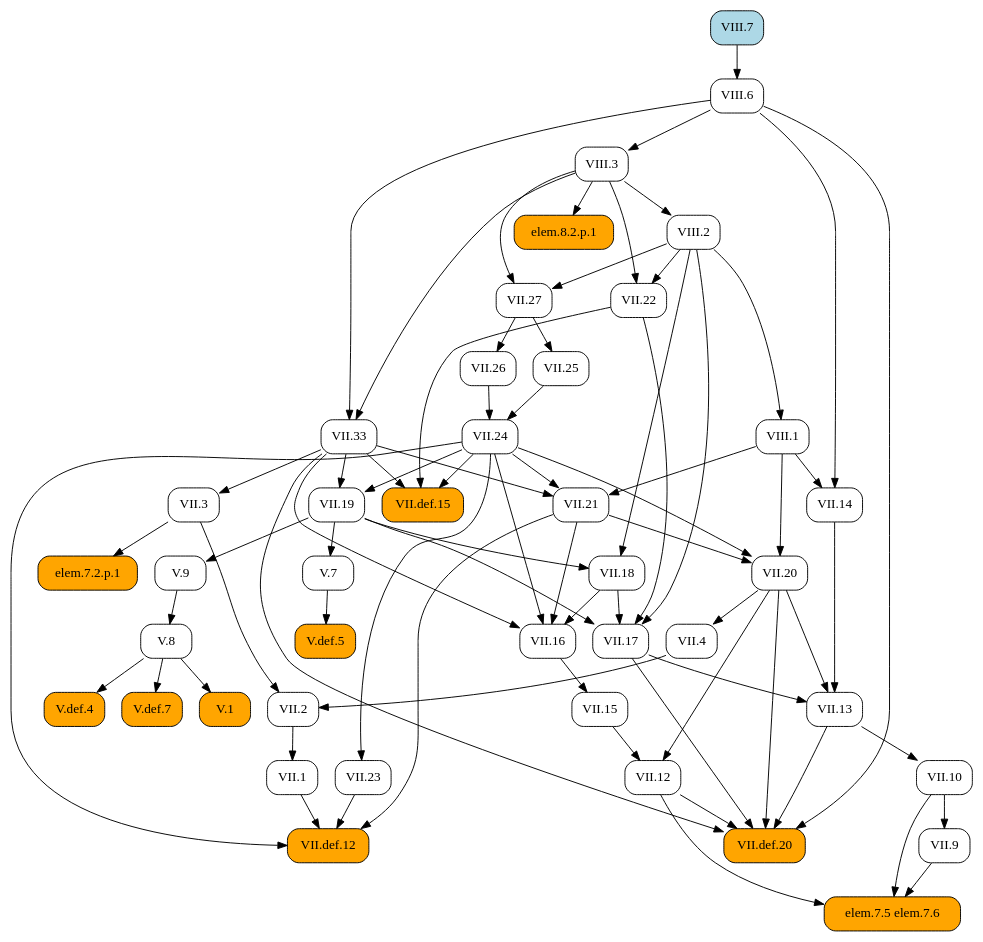
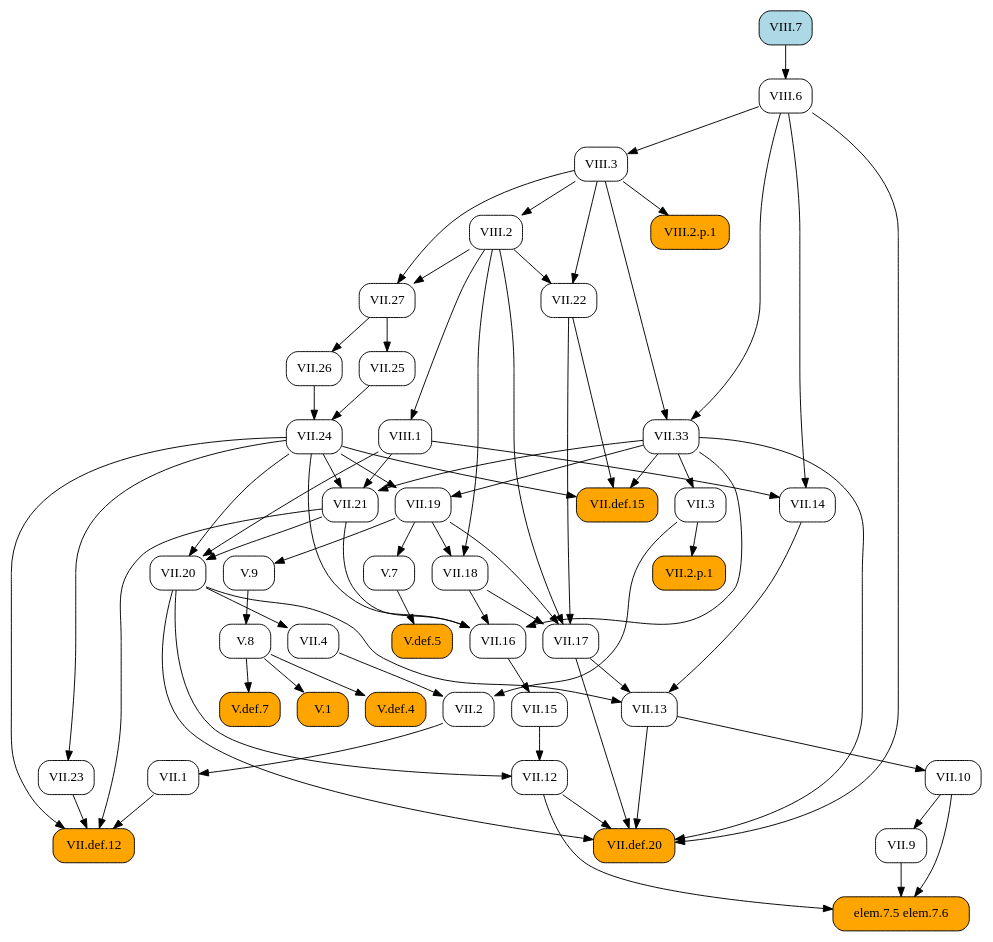
The diagram in docsrc/heath/VIII/7/index.rst (geometor/elements), drawn with Graphviz before and after one commit. The commit also changed 484 other files, not shown here.

```diff
--- a/docsrc/heath/VIII/7/index.rst
+++ b/docsrc/heath/VIII/7/index.rst
@@ -32,118 +32,118 @@
    digraph {
      rankdir="TB";
      node [shape=box, style=rounded];
-     "VII.1" [URL="/heath/VII/1/", target="_top"];
-     "VII.9" [URL="/heath/VII/9/", target="_top"];
-     "V.def.5" [style="rounded,filled", fillcolor=orange, URL="/heath/V/def.5/", target="_top"];
-     "VII.3" [URL="/heath/VII/3/", target="_top"];
-     "VII.17" [URL="/heath/VII/17/", target="_top"];
-     "elem.7.5 elem.7.6" [style="rounded,filled", fillcolor=orange];
-     "V.7" [URL="/heath/V/7/", target="_top"];
-     "V.9" [URL="/heath/V/9/", target="_top"];
-     "VII.13" [URL="/heath/VII/13/", target="_top"];
-     "VII.2" [URL="/heath/VII/2/", target="_top"];
-     "VIII.1" [URL="/heath/VIII/1/", target="_top"];
-     "VIII.2" [URL="/heath/VIII/2/", target="_top"];
+     "VII.33" [URL="/heath/VII/33/", target="_top"];
      "VII.12" [URL="/heath/VII/12/", target="_top"];
      "VIII.6" [URL="/heath/VIII/6/", target="_top"];
-     "VII.24" [URL="/heath/VII/24/", target="_top"];
-     "VII.def.12" [style="rounded,filled", fillcolor=orange, URL="/heath/VII/def.12/", target="_top"];
-     "V.8" [URL="/heath/V/8/", target="_top"];
-     "VII.33" [URL="/heath/VII/33/", target="_top"];
-     "elem.7.2.p.1" [style="rounded,filled", fillcolor=orange];
-     "VII.10" [URL="/heath/VII/10/", target="_top"];
-     "VIII.7" [style="rounded,filled", fillcolor=lightblue, URL="/heath/VIII/7/", target="_top"];
-     "VII.def.15" [style="rounded,filled", fillcolor=orange, URL="/heath/VII/def.15/", target="_top"];
-     "VII.19" [URL="/heath/VII/19/", target="_top"];
+     "elem.7.5 elem.7.6" [style="rounded,filled", fillcolor=orange];
+     "VII.9" [URL="/heath/VII/9/", target="_top"];
+     "VIII.2" [URL="/heath/VIII/2/", target="_top"];
      "VII.18" [URL="/heath/VII/18/", target="_top"];
      "VII.16" [URL="/heath/VII/16/", target="_top"];
+     "V.7" [URL="/heath/V/7/", target="_top"];
      "VII.26" [URL="/heath/VII/26/", target="_top"];
-     "VII.4" [URL="/heath/VII/4/", target="_top"];
-     "VII.25" [URL="/heath/VII/25/", target="_top"];
-     "VII.21" [URL="/heath/VII/21/", target="_top"];
-     "V.1" [style="rounded,filled", fillcolor=orange, URL="/heath/V/1/", target="_top"];
-     "VII.20" [URL="/heath/VII/20/", target="_top"];
+     "V.def.5" [style="rounded,filled", fillcolor=orange, URL="/heath/V/def.5/", target="_top"];
+     "V.9" [URL="/heath/V/9/", target="_top"];
+     "VII.10" [URL="/heath/VII/10/", target="_top"];
+     "VIII.3" [URL="/heath/VIII/3/", target="_top"];
+     "VII.13" [URL="/heath/VII/13/", target="_top"];
+     "VII.def.15" [style="rounded,filled", fillcolor=orange, URL="/heath/VII/def.15/", target="_top"];
+     "VIII.2.p.1" [style="rounded,filled", fillcolor=orange];
+     "VII.19" [URL="/heath/VII/19/", target="_top"];
+     "VII.17" [URL="/heath/VII/17/", target="_top"];
+     "VII.2" [URL="/heath/VII/2/", target="_top"];
+     "VII.def.20" [style="rounded,filled", fillcolor=orange, URL="/heath/VII/def.20/", target="_top"];
+     "VII.2.p.1" [style="rounded,filled", fillcolor=orange];
+     "VII.15" [URL="/heath/VII/15/", target="_top"];
+     "V.def.4" [style="rounded,filled", fillcolor=orange, URL="/heath/V/def.4/", target="_top"];
+     "V.def.7" [style="rounded,filled", fillcolor=orange, URL="/heath/V/def.7/", target="_top"];
+     "VIII.7" [style="rounded,filled", fillcolor=lightblue, URL="/heath/VIII/7/", target="_top"];
      "VII.14" [URL="/heath/VII/14/", target="_top"];
      "VII.27" [URL="/heath/VII/27/", target="_top"];
-     "VIII.3" [URL="/heath/VIII/3/", target="_top"];
-     "V.def.4" [style="rounded,filled", fillcolor=orange, URL="/heath/V/def.4/", target="_top"];
+     "VII.21" [URL="/heath/VII/21/", target="_top"];
      "VII.22" [URL="/heath/VII/22/", target="_top"];
-     "V.def.7" [style="rounded,filled", fillcolor=orange, URL="/heath/V/def.7/", target="_top"];
+     "VII.25" [URL="/heath/VII/25/", target="_top"];
+     "VIII.1" [URL="/heath/VIII/1/", target="_top"];
+     "VII.1" [URL="/heath/VII/1/", target="_top"];
+     "V.8" [URL="/heath/V/8/", target="_top"];
      "VII.23" [URL="/heath/VII/23/", target="_top"];
-     "VII.15" [URL="/heath/VII/15/", target="_top"];
-     "VII.def.20" [style="rounded,filled", fillcolor=orange, URL="/heath/VII/def.20/", target="_top"];
-     "elem.8.2.p.1" [style="rounded,filled", fillcolor=orange];
-     "VII.2" -> "VII.1";
-     "VII.10" -> "VII.9";
-     "V.7" -> "V.def.5";
-     "VII.33" -> "VII.3";
-     "VII.18" -> "VII.17";
-     "VII.19" -> "VII.17";
-     "VII.22" -> "VII.17";
-     "VIII.2" -> "VII.17";
+     "VII.4" [URL="/heath/VII/4/", target="_top"];
+     "VII.def.12" [style="rounded,filled", fillcolor=orange, URL="/heath/VII/def.12/", target="_top"];
+     "V.1" [style="rounded,filled", fillcolor=orange, URL="/heath/V/1/", target="_top"];
+     "VII.3" [URL="/heath/VII/3/", target="_top"];
+     "VII.24" [URL="/heath/VII/24/", target="_top"];
+     "VII.20" [URL="/heath/VII/20/", target="_top"];
+     "VIII.3" -> "VII.33";
+     "VIII.6" -> "VII.33";
+     "VII.15" -> "VII.12";
+     "VII.20" -> "VII.12";
+     "VIII.7" -> "VIII.6";
      "VII.9" -> "elem.7.5 elem.7.6";
      "VII.10" -> "elem.7.5 elem.7.6";
      "VII.12" -> "elem.7.5 elem.7.6";
-     "VII.19" -> "V.7";
-     "VII.19" -> "V.9";
-     "VII.14" -> "VII.13";
-     "VII.17" -> "VII.13";
-     "VII.20" -> "VII.13";
-     "VII.3" -> "VII.2";
-     "VII.4" -> "VII.2";
-     "VIII.2" -> "VIII.1";
+     "VII.10" -> "VII.9";
      "VIII.3" -> "VIII.2";
-     "VII.15" -> "VII.12";
-     "VII.20" -> "VII.12";
-     "VIII.7" -> "VIII.6";
-     "VII.25" -> "VII.24";
-     "VII.26" -> "VII.24";
-     "VII.1" -> "VII.def.12";
-     "VII.21" -> "VII.def.12";
-     "VII.23" -> "VII.def.12";
-     "VII.24" -> "VII.def.12";
-     "V.9" -> "V.8";
-     "VIII.3" -> "VII.33";
-     "VIII.6" -> "VII.33";
-     "VII.3" -> "elem.7.2.p.1";
-     "VII.13" -> "VII.10";
-     "VII.22" -> "VII.def.15";
-     "VII.24" -> "VII.def.15";
-     "VII.33" -> "VII.def.15";
-     "VII.24" -> "VII.19";
-     "VII.33" -> "VII.19";
      "VII.19" -> "VII.18";
      "VIII.2" -> "VII.18";
      "VII.18" -> "VII.16";
      "VII.21" -> "VII.16";
      "VII.24" -> "VII.16";
      "VII.33" -> "VII.16";
+     "VII.19" -> "V.7";
      "VII.27" -> "VII.26";
-     "VII.20" -> "VII.4";
-     "VII.27" -> "VII.25";
-     "VII.24" -> "VII.21";
-     "VII.33" -> "VII.21";
-     "VIII.1" -> "VII.21";
-     "V.8" -> "V.1";
-     "VII.21" -> "VII.20";
-     "VII.24" -> "VII.20";
-     "VIII.1" -> "VII.20";
-     "VIII.1" -> "VII.14";
-     "VIII.6" -> "VII.14";
-     "VIII.2" -> "VII.27";
-     "VIII.3" -> "VII.27";
+     "V.7" -> "V.def.5";
+     "VII.19" -> "V.9";
+     "VII.13" -> "VII.10";
      "VIII.6" -> "VIII.3";
-     "V.8" -> "V.def.4";
-     "VIII.2" -> "VII.22";
-     "VIII.3" -> "VII.22";
-     "V.8" -> "V.def.7";
-     "VII.24" -> "VII.23";
-     "VII.16" -> "VII.15";
+     "VII.14" -> "VII.13";
+     "VII.17" -> "VII.13";
+     "VII.20" -> "VII.13";
+     "VII.22" -> "VII.def.15";
+     "VII.24" -> "VII.def.15";
+     "VII.33" -> "VII.def.15";
+     "VIII.3" -> "VIII.2.p.1";
+     "VII.24" -> "VII.19";
+     "VII.33" -> "VII.19";
+     "VII.18" -> "VII.17";
+     "VII.19" -> "VII.17";
+     "VII.22" -> "VII.17";
+     "VIII.2" -> "VII.17";
+     "VII.3" -> "VII.2";
+     "VII.4" -> "VII.2";
      "VII.12" -> "VII.def.20";
      "VII.13" -> "VII.def.20";
      "VII.17" -> "VII.def.20";
      "VII.20" -> "VII.def.20";
      "VII.33" -> "VII.def.20";
      "VIII.6" -> "VII.def.20";
-     "VIII.3" -> "elem.8.2.p.1";
+     "VII.3" -> "VII.2.p.1";
+     "VII.16" -> "VII.15";
+     "V.8" -> "V.def.4";
+     "V.8" -> "V.def.7";
+     "VIII.1" -> "VII.14";
+     "VIII.6" -> "VII.14";
+     "VIII.2" -> "VII.27";
+     "VIII.3" -> "VII.27";
+     "VII.24" -> "VII.21";
+     "VII.33" -> "VII.21";
+     "VIII.1" -> "VII.21";
+     "VIII.2" -> "VII.22";
+     "VIII.3" -> "VII.22";
+     "VII.27" -> "VII.25";
+     "VIII.2" -> "VIII.1";
+     "VII.2" -> "VII.1";
+     "V.9" -> "V.8";
+     "VII.24" -> "VII.23";
+     "VII.20" -> "VII.4";
+     "VII.1" -> "VII.def.12";
+     "VII.21" -> "VII.def.12";
+     "VII.23" -> "VII.def.12";
+     "VII.24" -> "VII.def.12";
+     "V.8" -> "V.1";
+     "VII.33" -> "VII.3";
+     "VII.25" -> "VII.24";
+     "VII.26" -> "VII.24";
+     "VII.21" -> "VII.20";
+     "VII.24" -> "VII.20";
+     "VIII.1" -> "VII.20";
    }
```
